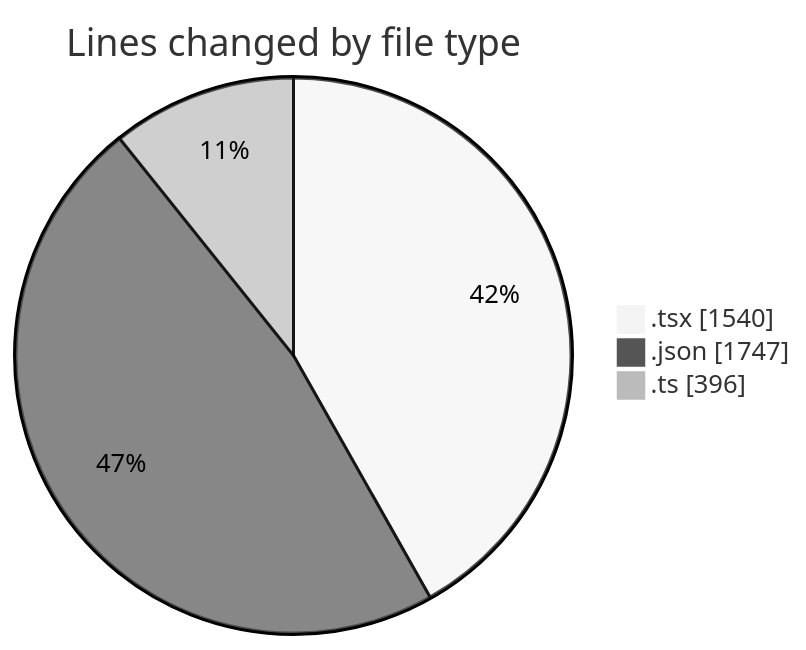
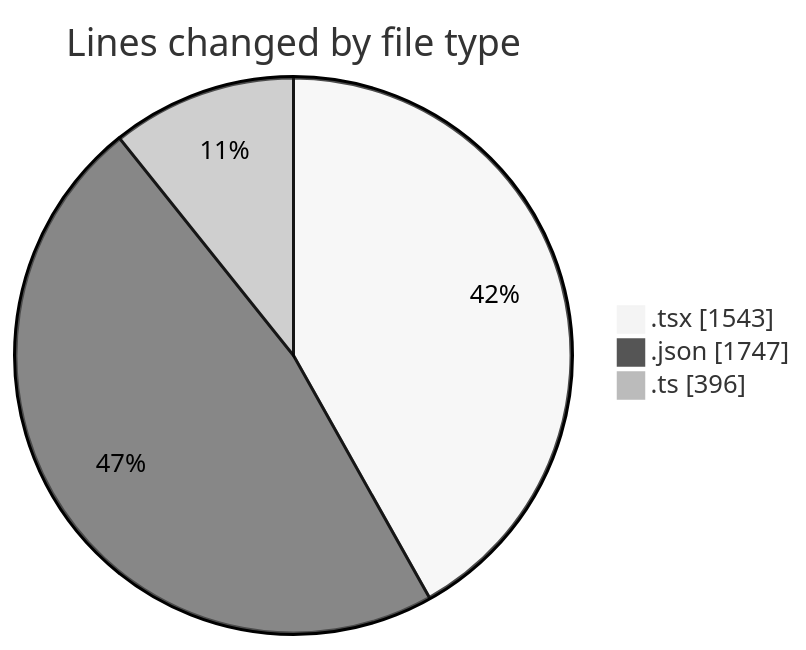
The first of 2 diagrams in 2025-10-30/eventscop-frontend-guide__workspace_/README.md (julien-gomy/code-tracking), drawn with Mermaid (neutral theme) before and after one commit. The commit also changed other lines of this file and 1 other file, not shown here.

````diff
--- a/2025-10-30/eventscop-frontend-guide__workspace_/README.md
+++ b/2025-10-30/eventscop-frontend-guide__workspace_/README.md
@@ -32,7 +32,7 @@
 ```mermaid
 pie showData
 title Lines changed by file type
-".tsx" : 1540
+".tsx" : 1543
 ".json" : 1747
 ".ts" : 396
 ```
````
